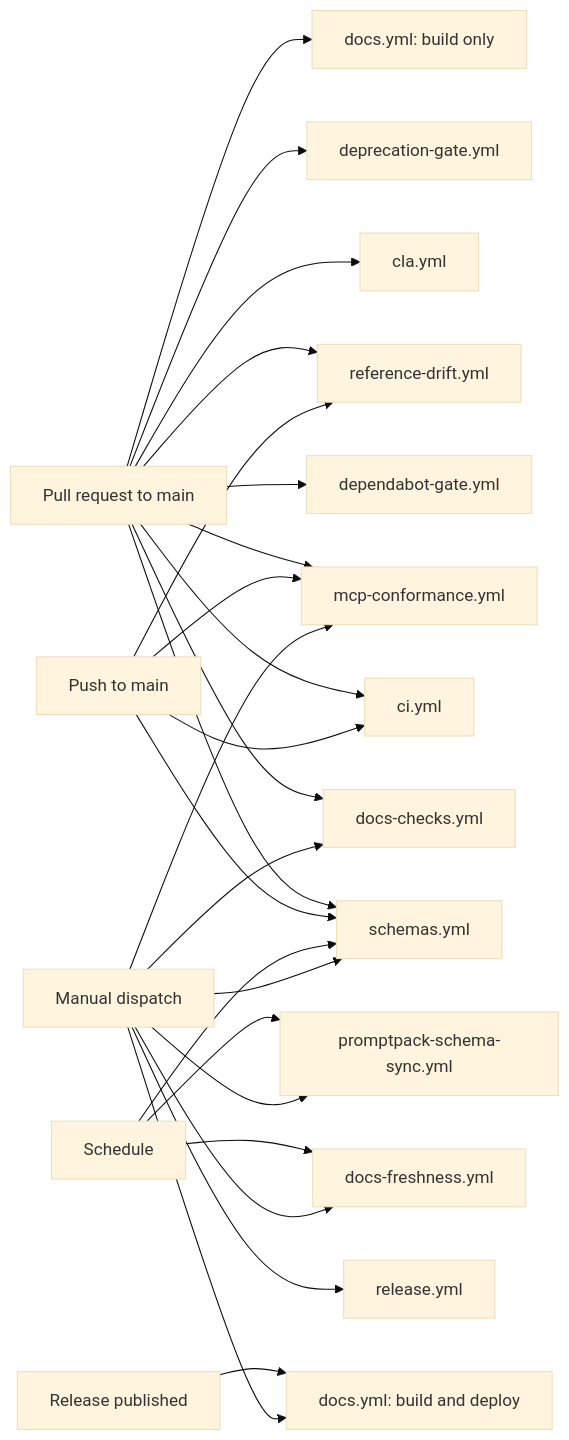
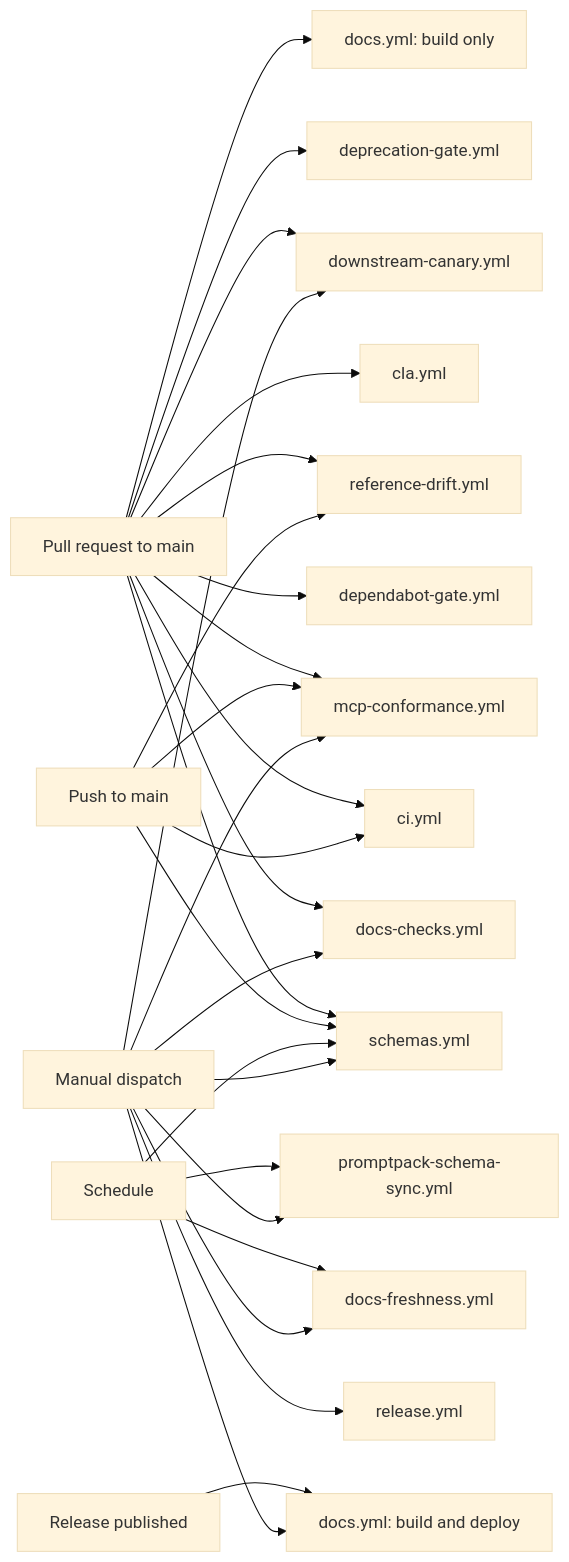
Before and after one commit to AltairaLabs/PromptKit: the first of 6 diagrams in docs/src/content/docs/devops/ci-cd-diagrams.md, drawn with Mermaid (base theme). The commit also changed other lines of this file and 7 other files, not shown here.

````diff
--- a/docs/src/content/docs/devops/ci-cd-diagrams.md
+++ b/docs/src/content/docs/devops/ci-cd-diagrams.md
@@ -20,37 +21,39 @@
 ```mermaid
 flowchart LR
     PR[Pull request to main]
     PUSH[Push to main]
     REL[Release published]
     CRON[Schedule]
     DISP[Manual dispatch]
 
     PR --> ci[ci.yml]
     PR --> gate[dependabot-gate.yml]
     PR --> cla[cla.yml]
     PR --> dep[deprecation-gate.yml]
     PR --> dchecks[docs-checks.yml]
     PR --> docs[docs.yml: build only]
     PR --> drift[reference-drift.yml]
     PR --> schemas[schemas.yml]
     PR --> mcp[mcp-conformance.yml]
+    PR --> canary[downstream-canary.yml]
 
     PUSH --> ci
     PUSH --> drift
     PUSH --> schemas
     PUSH --> mcp
 
     REL --> docsdeploy[docs.yml: build and deploy]
 
     CRON --> schemas
     CRON --> sync[promptpack-schema-sync.yml]
     CRON --> fresh[docs-freshness.yml]
 
     DISP --> release[release.yml]
     DISP --> docsdeploy
     DISP --> dchecks
     DISP --> fresh
     DISP --> schemas
     DISP --> sync
     DISP --> mcp
+    DISP --> canary
 ```
````
